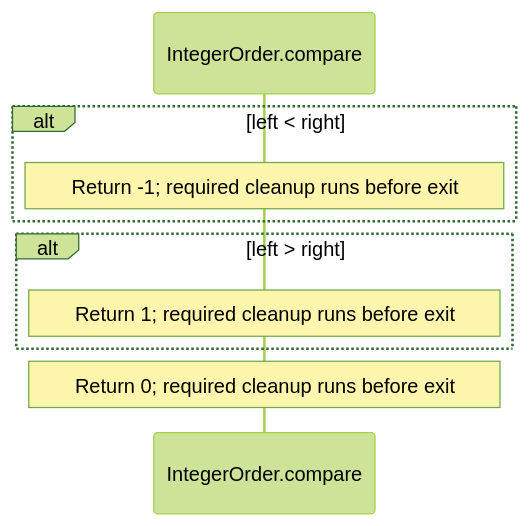
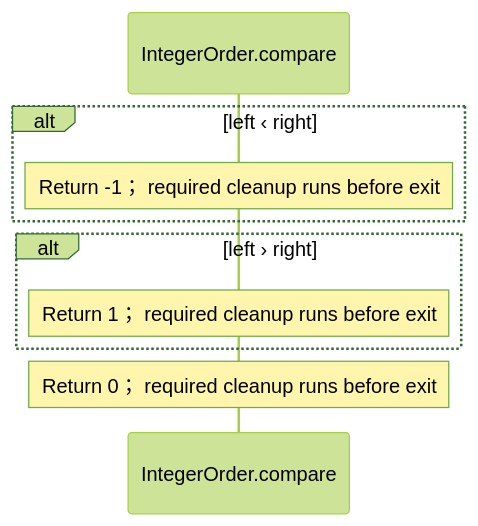
Before and after one commit to GreenPandaStudios/augscript: the ninth of 12 diagrams in src/stdlib/collections/operations.aug.diagrams.md, drawn with Mermaid (forest theme). The commit also changed other lines of this file and 524 other files, not shown here.

Commit message:
Explain checked data flow at folder and service levels

````diff
--- a/src/stdlib/collections/operations.aug.diagrams.md
+++ b/src/stdlib/collections/operations.aug.diagrams.md
@@ -322,12 +304,12 @@
 ```mermaid
 sequenceDiagram
     participant p0 as IntegerOrder.compare
 
-    alt left #60; right
-    Note over p0: Return -1#59; required cleanup runs before exit
+    alt left ‹ right
+    Note over p0: Return -1； required cleanup runs before exit
     end
-    alt left #62; right
-    Note over p0: Return 1#59; required cleanup runs before exit
+    alt left › right
+    Note over p0: Return 1； required cleanup runs before exit
     end
-    Note over p0: Return 0#59; required cleanup runs before exit
+    Note over p0: Return 0； required cleanup runs before exit
 ```
````
